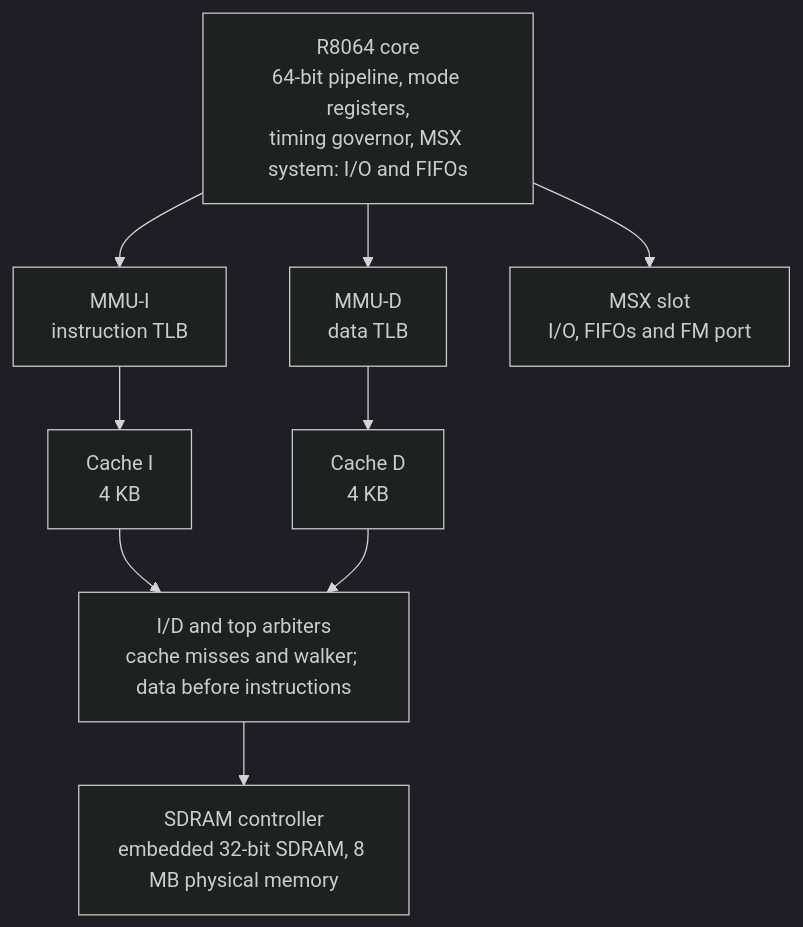
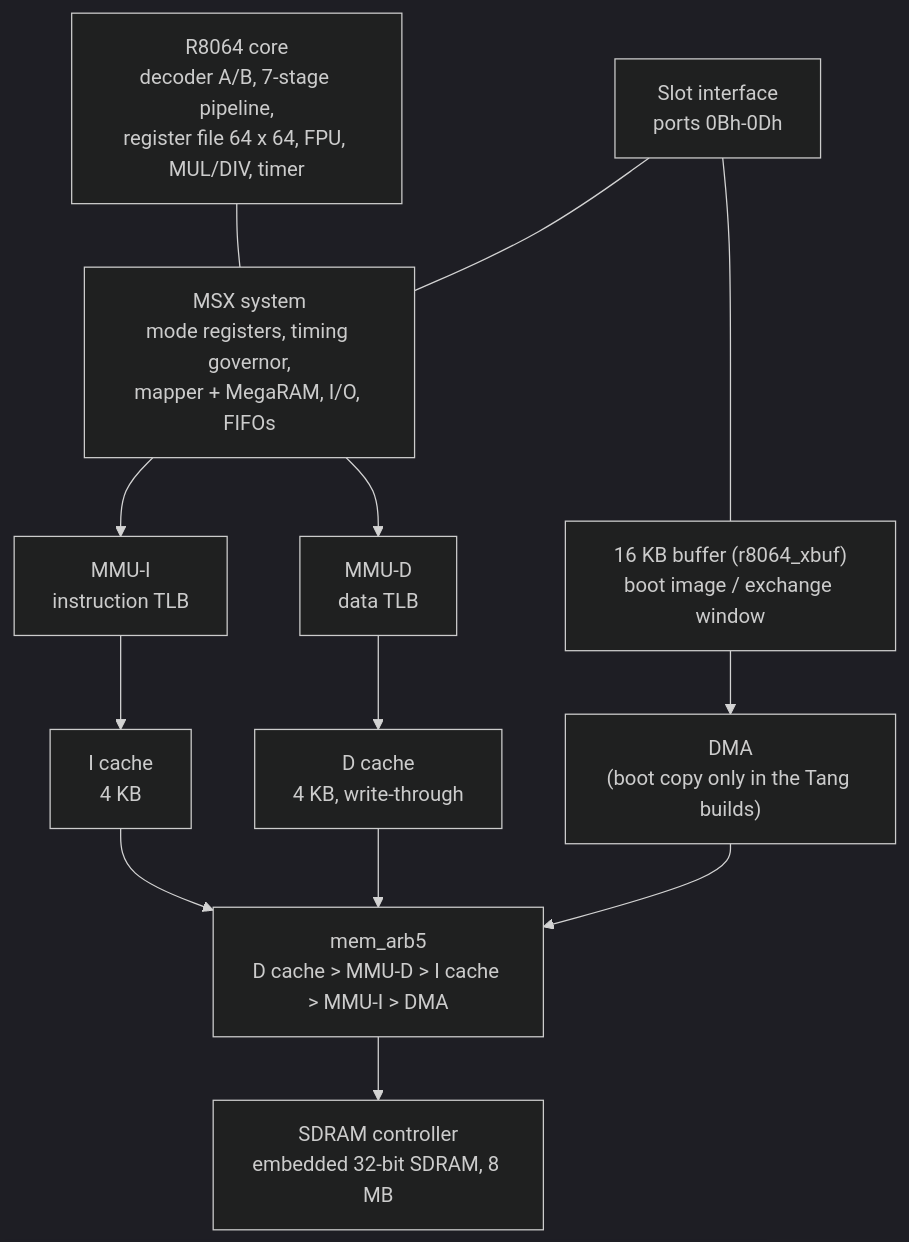
Before and after one commit to eapmoraes2012-crypto/R8064_CPU: the diagram in docs/R8064_Datasheet.md, drawn with Mermaid (dark theme). The commit also changed other lines of this file and 3 other files, not shown here.

First line of the commit message:
Datasheet edition 1.0: architecture and interfaces final for REV54

````diff
--- a/docs/R8064_Datasheet.md
+++ b/docs/R8064_Datasheet.md
@@ -70,15 +44,21 @@
 ```mermaid
 flowchart TB
-  CORE["R8064 core<br/>64-bit pipeline, mode registers,<br/>timing governor, MSX system: I/O and FIFOs"]
+  CORE["R8064 core<br/>decoder A/B, 7-stage pipeline,<br/>register file 64 x 64, FPU, MUL/DIV, timer"]
+  SYS["MSX system<br/>mode registers, timing governor,<br/>mapper + MegaRAM, I/O, FIFOs"]
   MMUI["MMU-I<br/>instruction TLB"]
   MMUD["MMU-D<br/>data TLB"]
-  CI["Cache I<br/>4 KB"]
-  CD["Cache D<br/>4 KB"]
-  SLOT["MSX slot<br/>I/O, FIFOs and FM port"]
-  ARB["I/D and top arbiters<br/>cache misses and walker; data before instructions"]
-  SDR["SDRAM controller<br/>embedded 32-bit SDRAM, 8 MB physical memory"]
-  CORE --> MMUI --> CI --> ARB
-  CORE --> MMUD --> CD --> ARB
-  CORE --> SLOT
+  CI["I cache<br/>4 KB"]
+  CD["D cache<br/>4 KB, write-through"]
+  ARB["mem_arb5<br/>D cache > MMU-D > I cache > MMU-I > DMA"]
+  SDR["SDRAM controller<br/>embedded 32-bit SDRAM, 8 MB"]
+  XB["16 KB buffer (r8064_xbuf)<br/>boot image / exchange window"]
+  DMA["DMA<br/>(boot copy only in the Tang builds)"]
+  SLOT["Slot interface<br/>ports 0Bh-0Dh"]
+  CORE --- SYS
+  SYS --> MMUI --> CI --> ARB
+  SYS --> MMUD --> CD --> ARB
   ARB --> SDR
+  XB --> DMA --> ARB
+  SLOT --- SYS
+  SLOT --- XB
 ```
````
